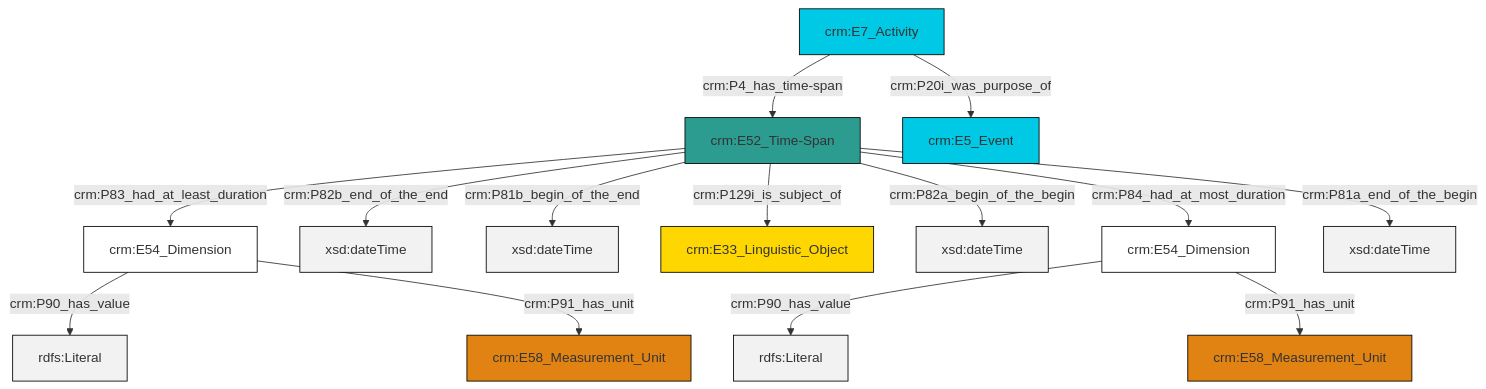
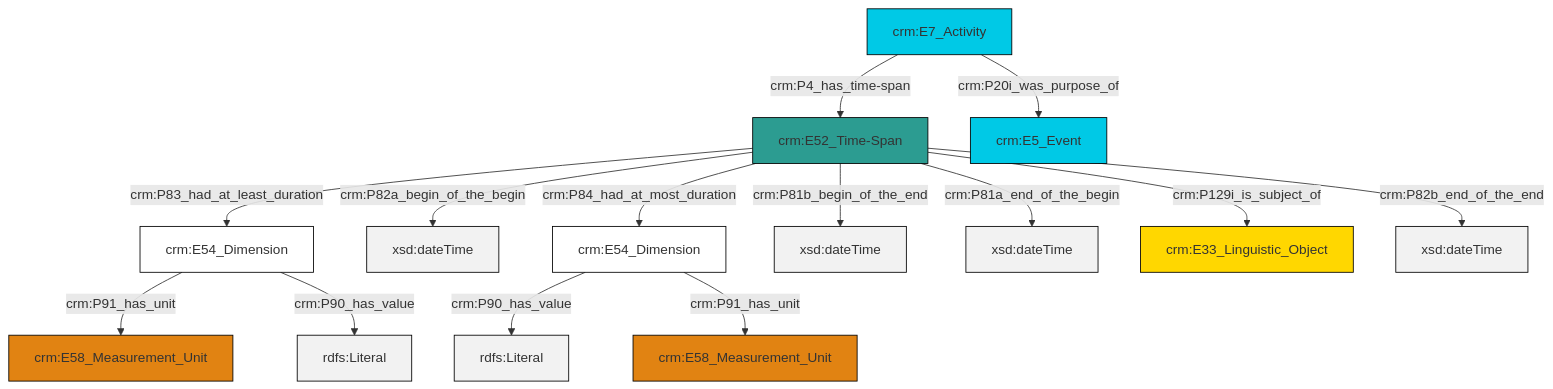
The diagram in et/eventCSV/ttl/mmd/event_existence.ttl.mmd (swiss-art-research-net/docs.swissartresearch), drawn with Mermaid before and after one commit. The commit also changed 183 other files, not shown here.

```diff
--- a/et/eventCSV/ttl/mmd/event_existence.ttl.mmd
+++ b/et/eventCSV/ttl/mmd/event_existence.ttl.mmd
@@ -1,28 +1,28 @@
 graph TD
 classDef Literal fill:#f2f2f2,stroke:#000000;
 classDef CRM_Entity fill:#FFFFFF,stroke:#000000;
 classDef Temporal_Entity fill:#00C9E6, stroke:#000000;
 classDef Type fill:#E18312, stroke:#000000;
 classDef Time-Span fill:#2C9C91, stroke:#000000;
 classDef Appellation fill:#FFEB7F, stroke:#000000;
 classDef Place fill:#008836, stroke:#000000;
 classDef Persistent_Item fill:#B266B2, stroke:#000000;
 classDef Conceptual_Object fill:#FFD700, stroke:#000000;
 classDef Physical_Thing fill:#D2B48C, stroke:#000000;
 classDef Actor fill:#f58aad, stroke:#000000;
 classDef PC_Classes fill:#4ce600, stroke:#000000;
 classDef Multi fill:#cccccc,stroke:#000000;
 
-0["crm:E54_Dimension"]:::CRM_Entity -->|crm:P90_has_value| 1[rdfs:Literal]:::Literal
-4["crm:E7_Activity"]:::Temporal_Entity -->|crm:P4_has_time-span| 5["crm:E52_Time-Span"]:::Time-Span
-5["crm:E52_Time-Span"]:::Time-Span -->|crm:P83_had_at_least_duration| 0["crm:E54_Dimension"]:::CRM_Entity
-5["crm:E52_Time-Span"]:::Time-Span -->|crm:P82b_end_of_the_end| 6[xsd:dateTime]:::Literal
-5["crm:E52_Time-Span"]:::Time-Span -->|crm:P81b_begin_of_the_end| 9[xsd:dateTime]:::Literal
-5["crm:E52_Time-Span"]:::Time-Span -->|crm:P129i_is_subject_of| 11["crm:E33_Linguistic_Object"]:::Conceptual_Object
-0["crm:E54_Dimension"]:::CRM_Entity -->|crm:P91_has_unit| 2["crm:E58_Measurement_Unit"]:::Type
-5["crm:E52_Time-Span"]:::Time-Span -->|crm:P82a_begin_of_the_begin| 15[xsd:dateTime]:::Literal
-16["crm:E54_Dimension"]:::CRM_Entity -->|crm:P90_has_value| 17[rdfs:Literal]:::Literal
-4["crm:E7_Activity"]:::Temporal_Entity -->|crm:P20i_was_purpose_of| 7["crm:E5_Event"]:::Temporal_Entity
-5["crm:E52_Time-Span"]:::Time-Span -->|crm:P84_had_at_most_duration| 16["crm:E54_Dimension"]:::CRM_Entity
-16["crm:E54_Dimension"]:::CRM_Entity -->|crm:P91_has_unit| 13["crm:E58_Measurement_Unit"]:::Type
-5["crm:E52_Time-Span"]:::Time-Span -->|crm:P81a_end_of_the_begin| 20[xsd:dateTime]:::Literal
+0["crm:E54_Dimension"]:::CRM_Entity -->|crm:P91_has_unit| 1["crm:E58_Measurement_Unit"]:::Type
+2["crm:E52_Time-Span"]:::Time-Span -->|crm:P82a_begin_of_the_begin| 3[xsd:dateTime]:::Literal
+0["crm:E54_Dimension"]:::CRM_Entity -->|crm:P90_has_value| 8[rdfs:Literal]:::Literal
+9["crm:E54_Dimension"]:::CRM_Entity -->|crm:P90_has_value| 10[rdfs:Literal]:::Literal
+2["crm:E52_Time-Span"]:::Time-Span -->|crm:P81b_begin_of_the_end| 13[xsd:dateTime]:::Literal
+2["crm:E52_Time-Span"]:::Time-Span -->|crm:P81a_end_of_the_begin| 14[xsd:dateTime]:::Literal
+6["crm:E7_Activity"]:::Temporal_Entity -->|crm:P4_has_time-span| 2["crm:E52_Time-Span"]:::Time-Span
+2["crm:E52_Time-Span"]:::Time-Span -->|crm:P129i_is_subject_of| 15["crm:E33_Linguistic_Object"]:::Conceptual_Object
+2["crm:E52_Time-Span"]:::Time-Span -->|crm:P82b_end_of_the_end| 16[xsd:dateTime]:::Literal
+2["crm:E52_Time-Span"]:::Time-Span -->|crm:P83_had_at_least_duration| 0["crm:E54_Dimension"]:::CRM_Entity
+6["crm:E7_Activity"]:::Temporal_Entity -->|crm:P20i_was_purpose_of| 4["crm:E5_Event"]:::Temporal_Entity
+2["crm:E52_Time-Span"]:::Time-Span -->|crm:P84_had_at_most_duration| 9["crm:E54_Dimension"]:::CRM_Entity
+9["crm:E54_Dimension"]:::CRM_Entity -->|crm:P91_has_unit| 19["crm:E58_Measurement_Unit"]:::Type
```
